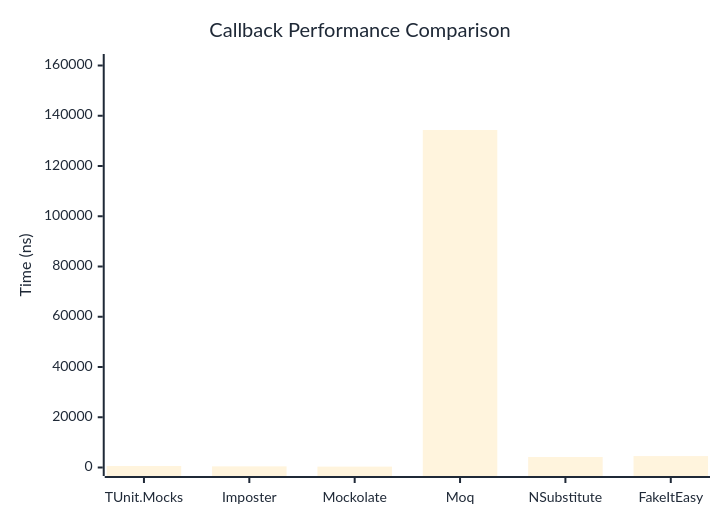
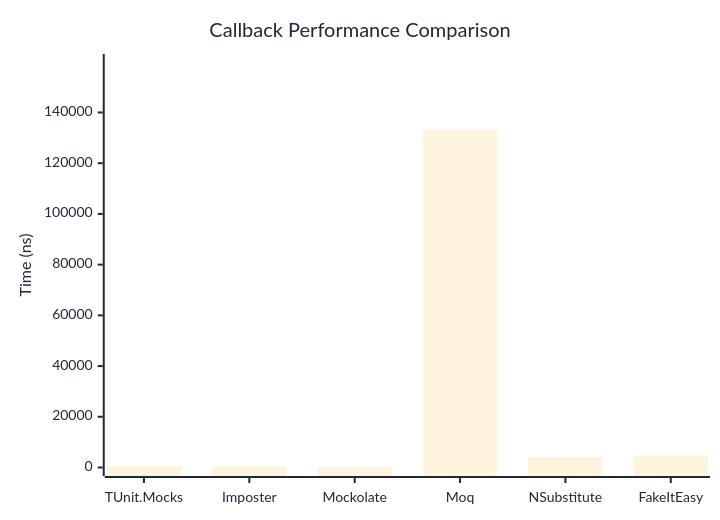
One commit to weiyilai/TUnit changed the first of 2 diagrams in docs/docs/benchmarks/mocks/Callback.md. Above: the diagram before and after it, drawn with Mermaid. The commit also changed other lines of this file and 14 other files, not shown here.

````diff
--- a/docs/docs/benchmarks/mocks/Callback.md
+++ b/docs/docs/benchmarks/mocks/Callback.md
@@ -28,27 +28,27 @@
 ```mermaid
 %%{init: {
   'theme':'base',
   'themeVariables': {
     'primaryColor': '#2563eb',
     'primaryTextColor': '#1f2937',
     'primaryBorderColor': '#1e40af',
     'lineColor': '#6b7280',
     'secondaryColor': '#7c3aed',
     'tertiaryColor': '#dc2626',
     'background': '#ffffff',
     'pie1': '#2563eb',
     'pie2': '#7c3aed',
     'pie3': '#dc2626',
     'pie4': '#f59e0b',
     'pie5': '#10b981',
     'pie6': '#06b6d4',
     'pie7': '#ec4899',
     'pie8': '#6366f1'
   }
 }}%%
 xychart-beta
   title "Callback Performance Comparison"
   x-axis ["TUnit.Mocks", "Imposter", "Mockolate", "Moq", "NSubstitute", "FakeItEasy"]
-  y-axis "Time (ns)" 0 --> 161196
-  bar [600.8, 457.3, 352, 134330, 4186.9, 4551.3]
+  y-axis "Time (ns)" 0 --> 159710
+  bar [632.1, 470.8, 352.7, 133091.6, 4171.9, 4812]
 ```
````
